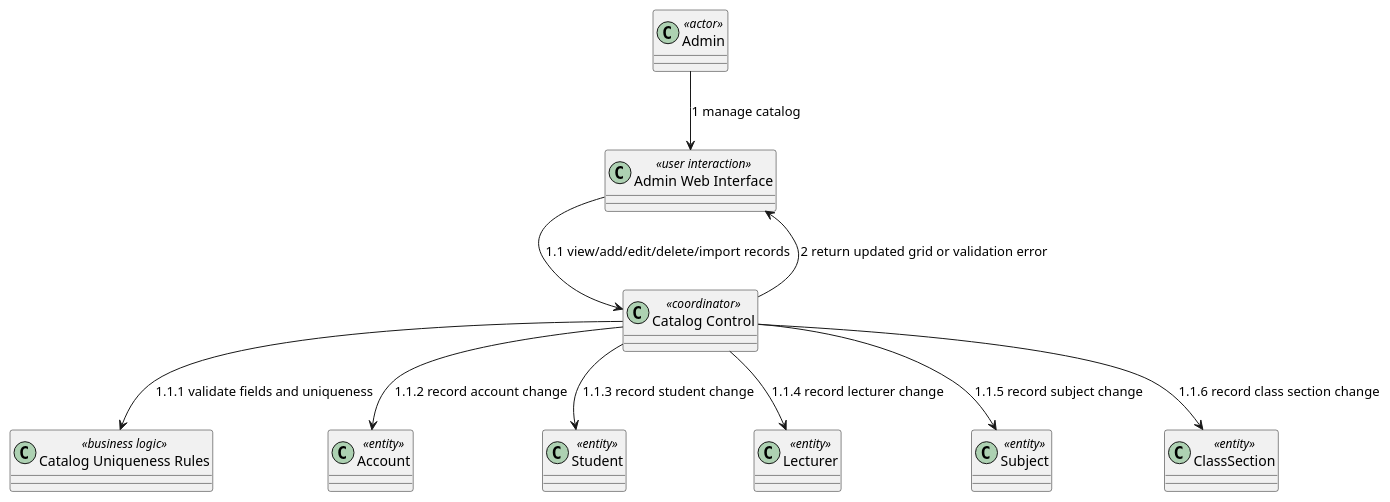
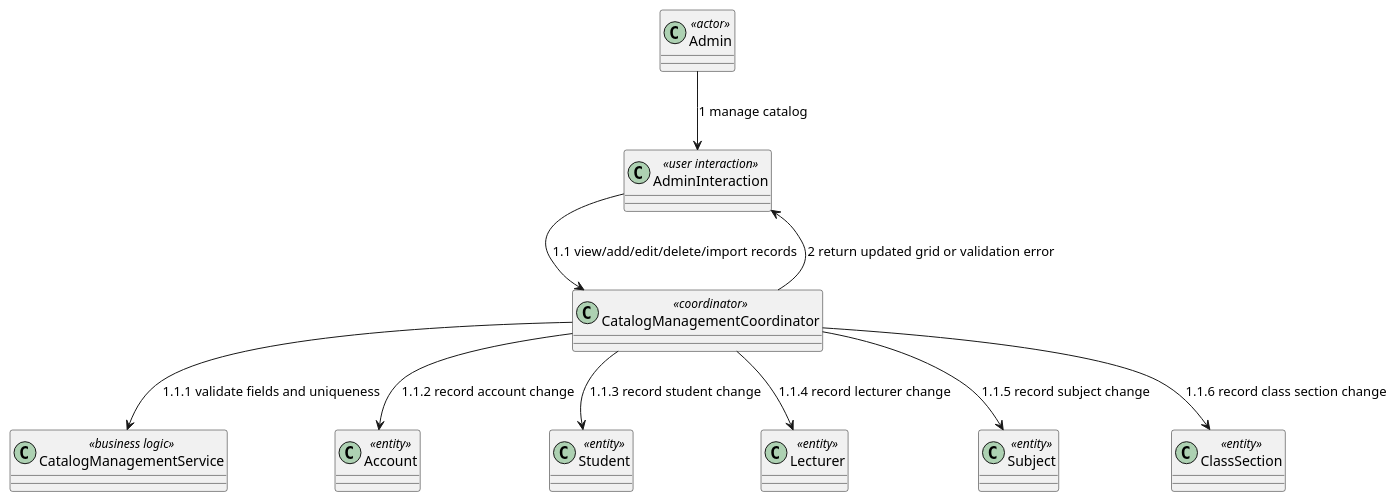
One commit to nttung42/SWD392 changed diagram 24 of 29 in docs/sds/2_Analysis.md. Above: the diagram before and after it, drawn with PlantUML. The commit also changed other lines of this file and 5 other files, not shown here.

````diff
--- a/docs/sds/2_Analysis.md
+++ b/docs/sds/2_Analysis.md
@@ -1198,23 +1177,23 @@
 ```plantuml
 @startuml
 class "Admin" as Admin <<actor>>
-class "Admin Web Interface" as AdminUI <<user interaction>>
-class "Catalog Control" as CatalogControl <<coordinator>>
-class "Catalog Uniqueness Rules" as CatalogRules <<business logic>>
+class "AdminInteraction" as AdminUI <<user interaction>>
+class "CatalogManagementCoordinator" as CatalogControl <<coordinator>>
+class "CatalogManagementService" as CatalogRules <<business logic>>
 class "Account" as Account <<entity>>
 class "Student" as Student <<entity>>
 class "Lecturer" as Lecturer <<entity>>
 class "Subject" as Subject <<entity>>
 class "ClassSection" as ClassSection <<entity>>
 
 Admin --> AdminUI : 1 manage catalog
 AdminUI --> CatalogControl : 1.1 view/add/edit/delete/import records
 CatalogControl --> CatalogRules : 1.1.1 validate fields and uniqueness
 CatalogControl --> Account : 1.1.2 record account change
 CatalogControl --> Student : 1.1.3 record student change
 CatalogControl --> Lecturer : 1.1.4 record lecturer change
 CatalogControl --> Subject : 1.1.5 record subject change
 CatalogControl --> ClassSection : 1.1.6 record class section change
 CatalogControl --> AdminUI : 2 return updated grid or validation error
 @enduml
 ```
````
